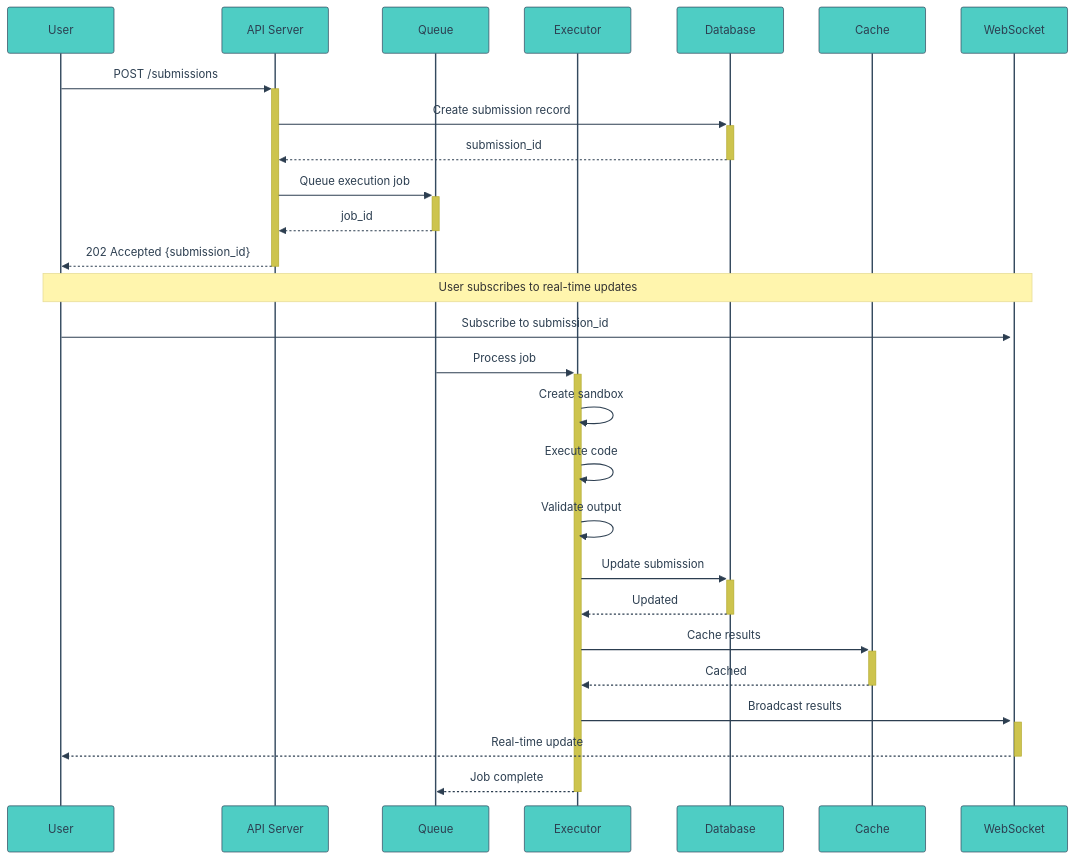
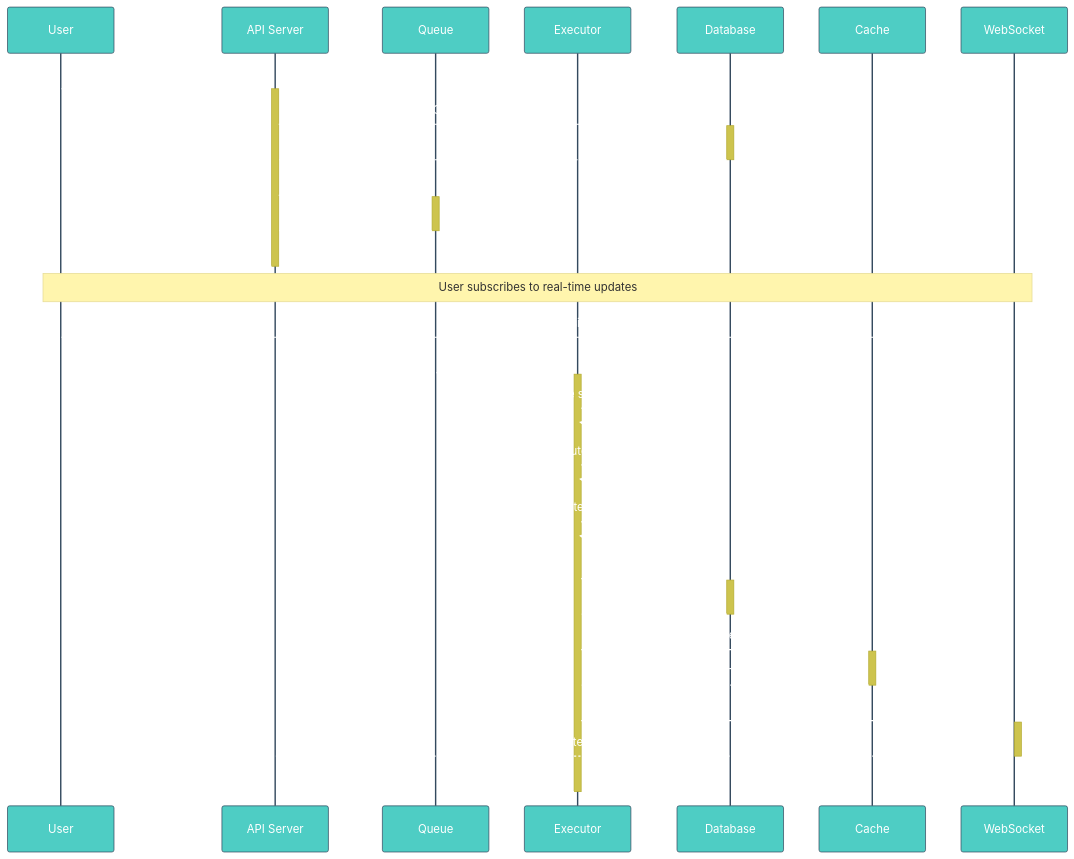
Before and after one commit to hemanth1999k/Product-Architecture: the fourth of 6 diagrams in Design Leetcode Platform.md, drawn with Mermaid.

Commit message:
Update Design Leetcode Platform.md

````diff
--- a/Design Leetcode Platform.md
+++ b/Design Leetcode Platform.md
@@ -249,33 +249,33 @@
 ```mermaid
-%%{init: {'theme':'base', 'themeVariables': {'primaryColor': '#4ecdc4', 'primaryTextColor': '#2c3e50', 'primaryBorderColor': '#34495e', 'lineColor': '#34495e', 'fontFamily': 'Virgil, Segoe UI Emoji'}}}%%
+%%{init: {'theme':'base', 'themeVariables': {'primaryColor': '#4ecdc4', 'primaryTextColor': '#ffffff', 'primaryBorderColor': '#34495e', 'lineColor': '#34495e', 'fontFamily': 'Virgil, Segoe UI Emoji'}}}%%
 sequenceDiagram
     participant U as User
     participant API as API Server
     participant Q as Queue
     participant EX as Executor
     participant DB as Database
     participant C as Cache
     participant WS as WebSocket
     
     U->>+API: POST /submissions
     API->>+DB: Create submission record
     DB-->>-API: submission_id
     API->>+Q: Queue execution job
     Q-->>-API: job_id
     API-->>-U: 202 Accepted {submission_id}
     
     Note over U,WS: User subscribes to real-time updates
     U->>+WS: Subscribe to submission_id
     
     Q->>+EX: Process job
     EX->>EX: Create sandbox
     EX->>EX: Execute code
     EX->>EX: Validate output
     EX->>+DB: Update submission
     DB-->>-EX: Updated
     EX->>+C: Cache results
     C-->>-EX: Cached
     EX->>+WS: Broadcast results
     WS-->>-U: Real-time update
     EX-->>-Q: Job complete
 ```
````
